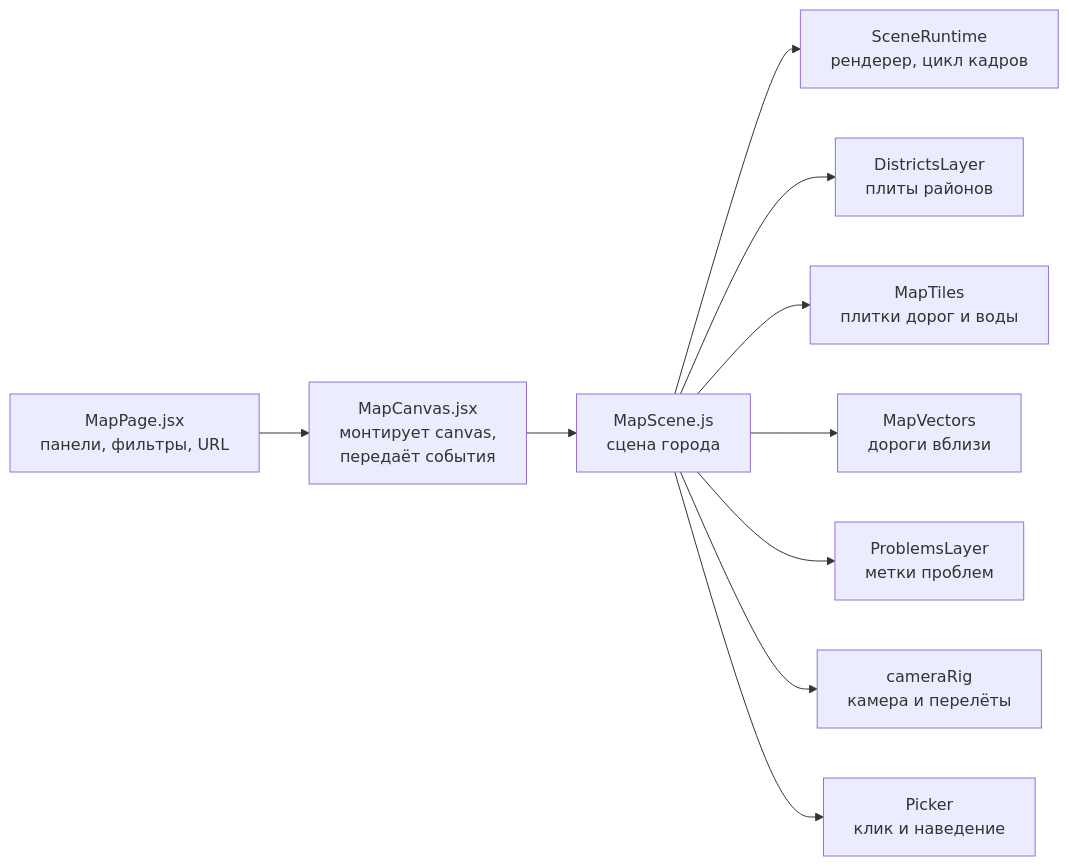
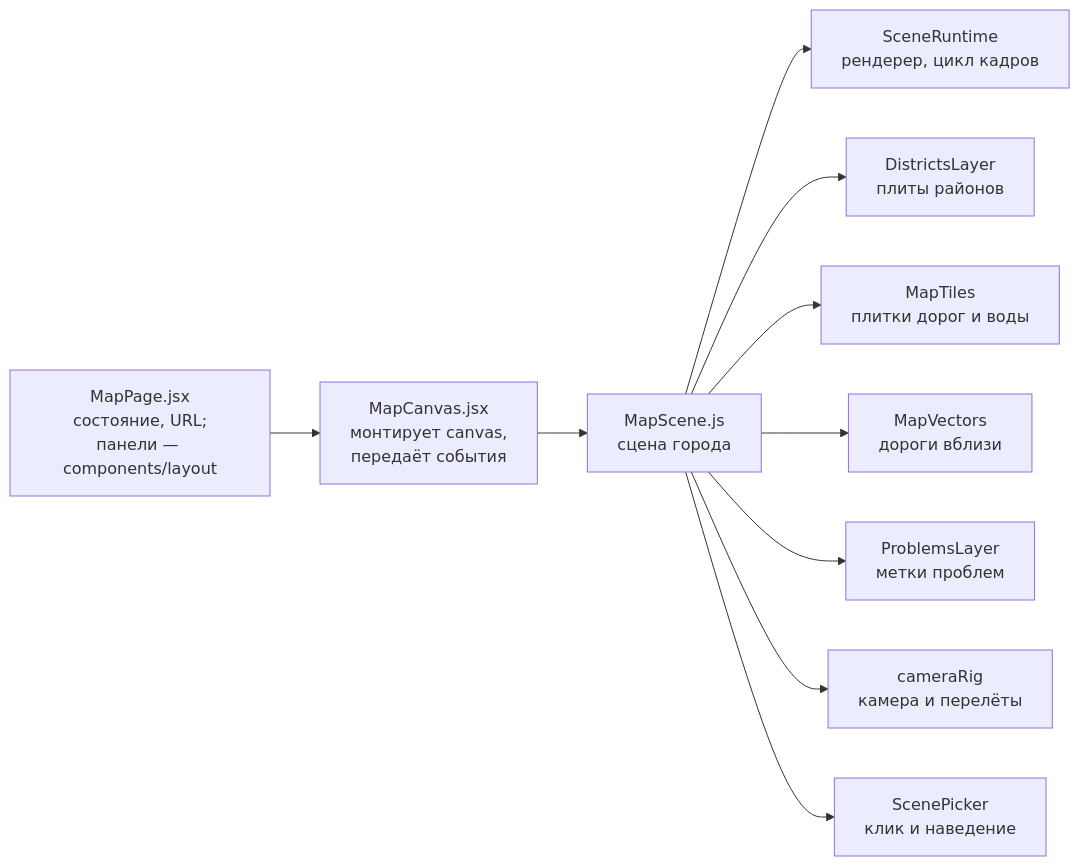
Before and after one commit to dodoser34/VibeRay: the second of 2 diagrams in docs/guide/03-project-structure.md, drawn with Mermaid. The commit also changed other lines of this file and 229 other files, not shown here.

````diff
--- a/docs/guide/03-project-structure.md
+++ b/docs/guide/03-project-structure.md
@@ -68,12 +69,12 @@
 ```mermaid
 flowchart LR
-    PAGE["MapPage.jsx<br/>панели, фильтры, URL"] --> CANVAS["MapCanvas.jsx<br/>монтирует canvas,<br/>передаёт события"]
+    PAGE["MapPage.jsx<br/>состояние, URL;<br/>панели — components/layout"] --> CANVAS["MapCanvas.jsx<br/>монтирует canvas,<br/>передаёт события"]
     CANVAS --> SCENE["MapScene.js<br/>сцена города"]
     SCENE --> RT["SceneRuntime<br/>рендерер, цикл кадров"]
     SCENE --> D["DistrictsLayer<br/>плиты районов"]
     SCENE --> T["MapTiles<br/>плитки дорог и воды"]
     SCENE --> V["MapVectors<br/>дороги вблизи"]
     SCENE --> P["ProblemsLayer<br/>метки проблем"]
     SCENE --> CAM["cameraRig<br/>камера и перелёты"]
-    SCENE --> PK["Picker<br/>клик и наведение"]
+    SCENE --> PK["ScenePicker<br/>клик и наведение"]
 ```
````
